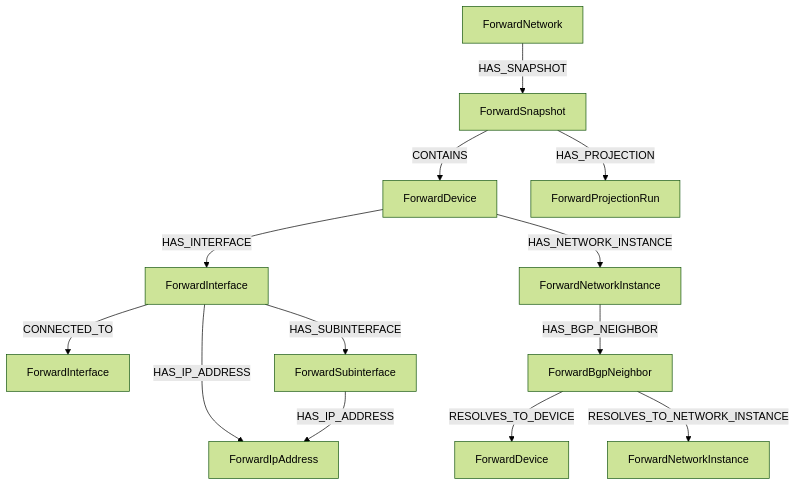
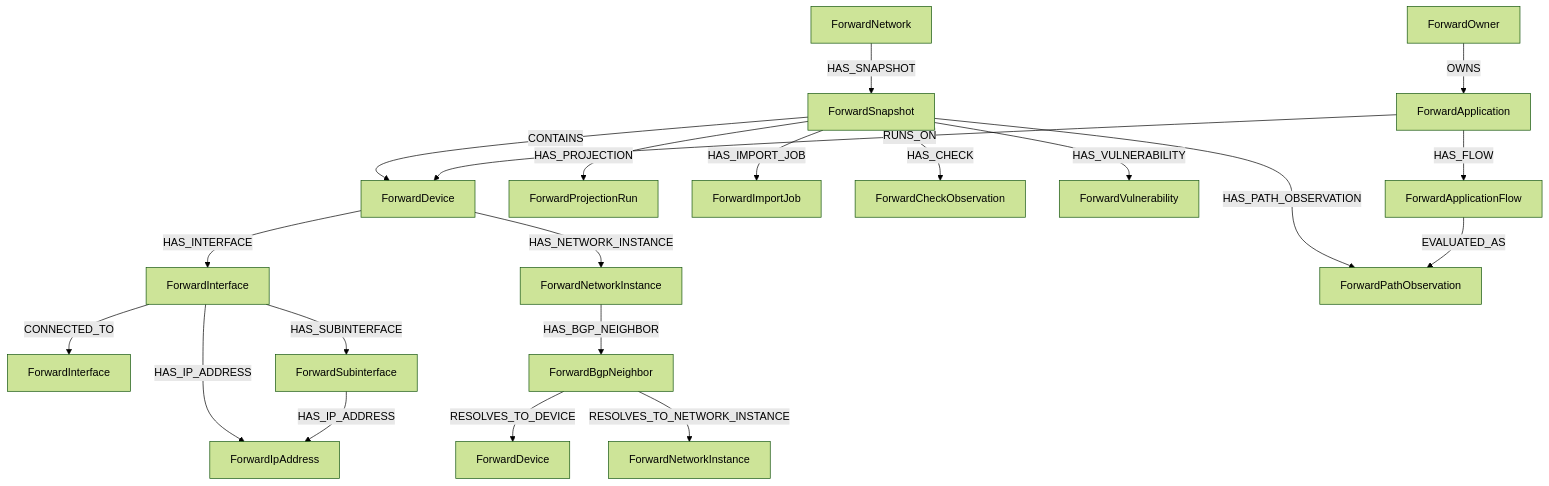
Before and after one commit to forwardnetworks/forward-neo4j: the second of 2 diagrams in docs/ARCHITECTURE.md, drawn with Mermaid (forest theme). The commit also changed other lines of this file and 23 other files, not shown here.

````diff
--- a/docs/ARCHITECTURE.md
+++ b/docs/ARCHITECTURE.md
@@ -19,15 +19,23 @@
 ```mermaid
 flowchart TD
     N[ForwardNetwork] -->|HAS_SNAPSHOT| S[ForwardSnapshot]
     S -->|CONTAINS| D[ForwardDevice]
     D -->|HAS_INTERFACE| I[ForwardInterface]
     I -->|CONNECTED_TO| I2[ForwardInterface]
     I -->|HAS_SUBINTERFACE| SI[ForwardSubinterface]
     I -->|HAS_IP_ADDRESS| IP[ForwardIpAddress]
     SI -->|HAS_IP_ADDRESS| IP
     D -->|HAS_NETWORK_INSTANCE| V[ForwardNetworkInstance]
     V -->|HAS_BGP_NEIGHBOR| B[ForwardBgpNeighbor]
     B -->|RESOLVES_TO_DEVICE| PD[ForwardDevice]
     B -->|RESOLVES_TO_NETWORK_INSTANCE| PV[ForwardNetworkInstance]
     S -->|HAS_PROJECTION| R[ForwardProjectionRun]
+    S -->|HAS_IMPORT_JOB| J[ForwardImportJob]
+    S -->|HAS_CHECK| C[ForwardCheckObservation]
+    S -->|HAS_VULNERABILITY| CVE[ForwardVulnerability]
+    S -->|HAS_PATH_OBSERVATION| P[ForwardPathObservation]
+    O[ForwardOwner] -->|OWNS| A[ForwardApplication]
+    A -->|RUNS_ON| D
+    A -->|HAS_FLOW| F[ForwardApplicationFlow]
+    F -->|EVALUATED_AS| P
 ```
````
